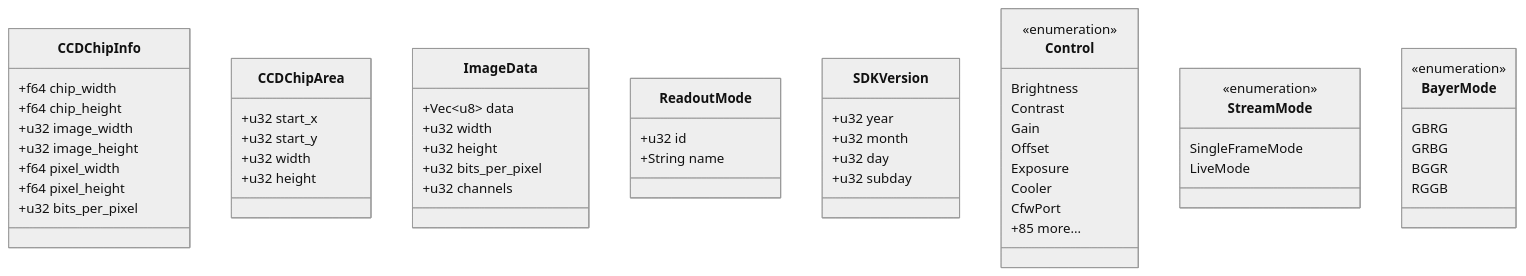
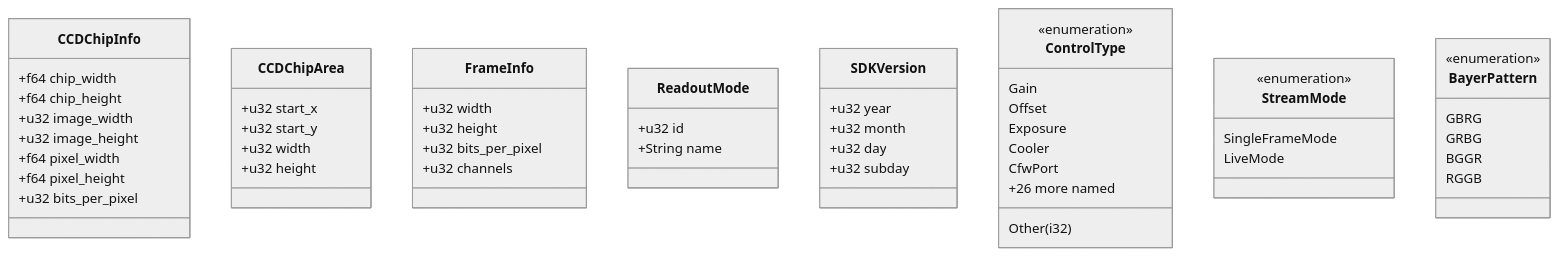
Before and after one commit to ivonnyssen/rusty-photon: the ninth of 19 diagrams in crates/qhyccd-rs/docs/qhyccd-rs.md, drawn with Mermaid (neutral theme). The commit also changed other lines of this file and 44 other files, not shown here.

````diff
--- a/crates/qhyccd-rs/docs/qhyccd-rs.md
+++ b/crates/qhyccd-rs/docs/qhyccd-rs.md
@@ -345,65 +360,63 @@
 ```mermaid
 classDiagram
     class CCDChipInfo {
         +f64 chip_width
         +f64 chip_height
         +u32 image_width
         +u32 image_height
         +f64 pixel_width
         +f64 pixel_height
         +u32 bits_per_pixel
     }
 
     class CCDChipArea {
         +u32 start_x
         +u32 start_y
         +u32 width
         +u32 height
     }
 
-    class ImageData {
-        +Vec~u8~ data
+    class FrameInfo {
         +u32 width
         +u32 height
         +u32 bits_per_pixel
         +u32 channels
     }
 
     class ReadoutMode {
         +u32 id
         +String name
     }
 
     class SDKVersion {
         +u32 year
         +u32 month
         +u32 day
         +u32 subday
     }
 
-    class Control {
+    class ControlType {
         <<enumeration>>
-        Brightness
-        Contrast
         Gain
         Offset
         Exposure
         Cooler
         CfwPort
-        +85 more...
+        +26 more named
+        Other(i32)
     }
 
     class StreamMode {
         <<enumeration>>
         SingleFrameMode
         LiveMode
     }
 
-    class BayerMode {
+    class BayerPattern {
         <<enumeration>>
         GBRG
         GRBG
         BGGR
         RGGB
     }
 ```
````
